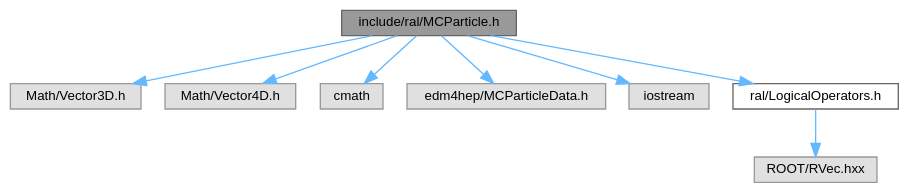
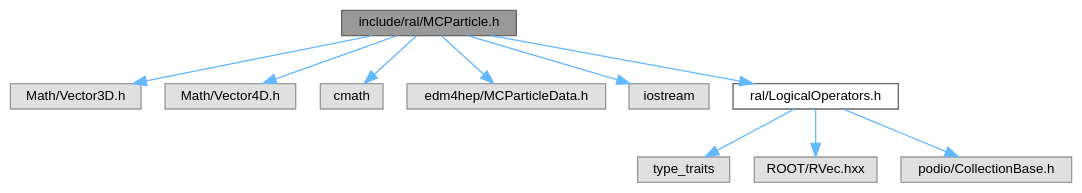
One commit to Juanki0396/ral changed the diagram in docs/MCParticle_8h__incl.dot. Above: the diagram before and after it, drawn with Graphviz. The commit also changed 26 other files, not shown here.

```diff
--- a/docs/MCParticle_8h__incl.dot
+++ b/docs/MCParticle_8h__incl.dot
@@ -1,22 +1,26 @@
 digraph "include/ral/MCParticle.h"
 {
  // LATEX_PDF_SIZE
   bgcolor="transparent";
   edge [fontname=Helvetica,fontsize=10,labelfontname=Helvetica,labelfontsize=10];
   node [fontname=Helvetica,fontsize=10,shape=box,height=0.2,width=0.4];
   Node1 [id="Node000001",label="include/ral/MCParticle.h",height=0.2,width=0.4,color="gray40", fillcolor="grey60", style="filled", fontcolor="black",tooltip=" "];
   Node1 -> Node2 [id="edge1_Node000001_Node000002",color="steelblue1",style="solid",tooltip=" "];
   Node2 [id="Node000002",label="Math/Vector3D.h",height=0.2,width=0.4,color="grey60", fillcolor="#E0E0E0", style="filled",tooltip=" "];
   Node1 -> Node3 [id="edge2_Node000001_Node000003",color="steelblue1",style="solid",tooltip=" "];
   Node3 [id="Node000003",label="Math/Vector4D.h",height=0.2,width=0.4,color="grey60", fillcolor="#E0E0E0", style="filled",tooltip=" "];
   Node1 -> Node4 [id="edge3_Node000001_Node000004",color="steelblue1",style="solid",tooltip=" "];
   Node4 [id="Node000004",label="cmath",height=0.2,width=0.4,color="grey60", fillcolor="#E0E0E0", style="filled",tooltip=" "];
   Node1 -> Node5 [id="edge4_Node000001_Node000005",color="steelblue1",style="solid",tooltip=" "];
   Node5 [id="Node000005",label="edm4hep/MCParticleData.h",height=0.2,width=0.4,color="grey60", fillcolor="#E0E0E0", style="filled",tooltip=" "];
   Node1 -> Node6 [id="edge5_Node000001_Node000006",color="steelblue1",style="solid",tooltip=" "];
   Node6 [id="Node000006",label="iostream",height=0.2,width=0.4,color="grey60", fillcolor="#E0E0E0", style="filled",tooltip=" "];
   Node1 -> Node7 [id="edge6_Node000001_Node000007",color="steelblue1",style="solid",tooltip=" "];
   Node7 [id="Node000007",label="ral/LogicalOperators.h",height=0.2,width=0.4,color="grey40", fillcolor="white", style="filled",URL="$LogicalOperators_8h.html",tooltip=" "];
   Node7 -> Node8 [id="edge7_Node000007_Node000008",color="steelblue1",style="solid",tooltip=" "];
-  Node8 [id="Node000008",label="ROOT/RVec.hxx",height=0.2,width=0.4,color="grey60", fillcolor="#E0E0E0", style="filled",tooltip=" "];
+  Node8 [id="Node000008",label="type_traits",height=0.2,width=0.4,color="grey60", fillcolor="#E0E0E0", style="filled",tooltip=" "];
+  Node7 -> Node9 [id="edge8_Node000007_Node000009",color="steelblue1",style="solid",tooltip=" "];
+  Node9 [id="Node000009",label="ROOT/RVec.hxx",height=0.2,width=0.4,color="grey60", fillcolor="#E0E0E0", style="filled",tooltip=" "];
+  Node7 -> Node10 [id="edge9_Node000007_Node000010",color="steelblue1",style="solid",tooltip=" "];
+  Node10 [id="Node000010",label="podio/CollectionBase.h",height=0.2,width=0.4,color="grey60", fillcolor="#E0E0E0", style="filled",tooltip=" "];
 }
```
